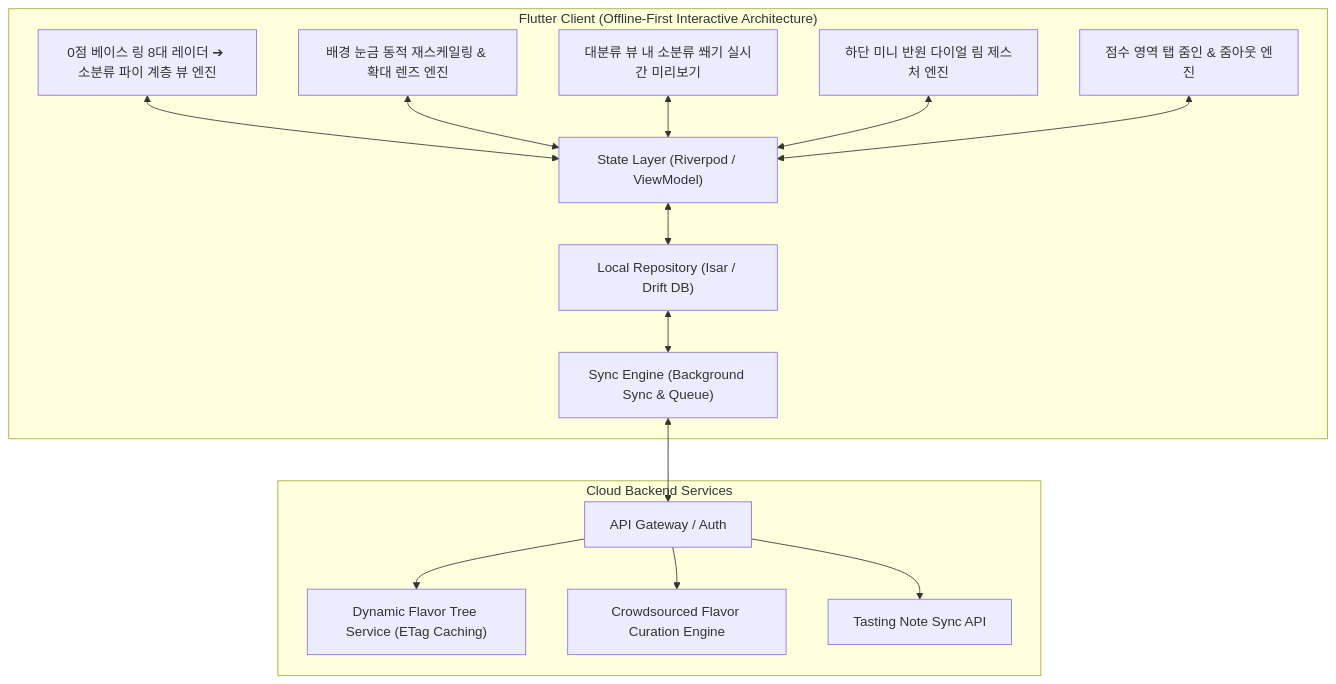
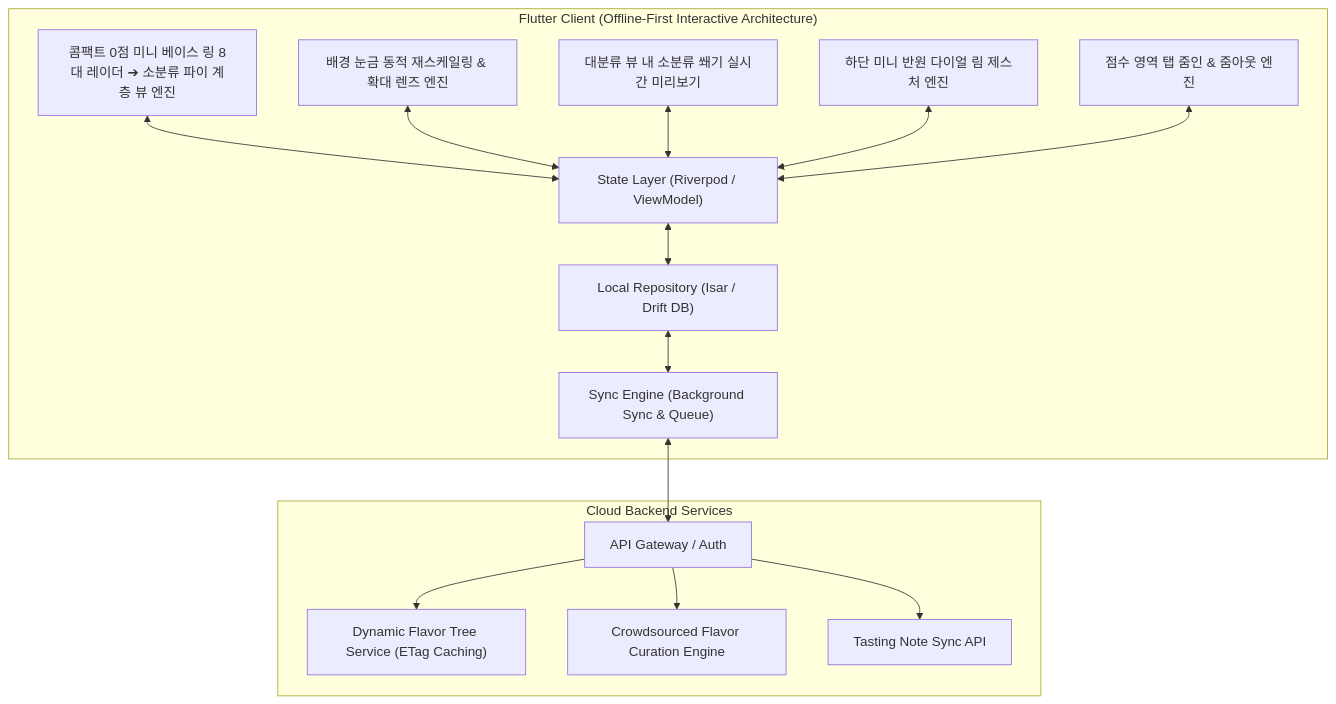
The diagram in README.md (chanhooop/FlavorWheel), drawn with Mermaid before and after one commit. The commit also changed other lines of this file and 1 other file, not shown here.

Commit message:
feat: 완성형 차트 0점 베이스 링(R_0) 크기를 콤팩트한 미니 코어 링(maxR * 0.08)으로 축소하여 레이더 확장성 극대화

````diff
--- a/README.md
+++ b/README.md
@@ -107,34 +107,34 @@
 ```mermaid
 graph TB
     subgraph Client ["Flutter Client (Offline-First Interactive Architecture)"]
-        BaseRingRadarEngine["0점 베이스 링 8대 레이더 ➔ 소분류 파이 계층 뷰 엔진"]
+        BaseRingRadarEngine["콤팩트 0점 미니 베이스 링 8대 레이더 ➔ 소분류 파이 계층 뷰 엔진"]
         DynamicGridEngine["배경 눈금 동적 재스케일링 & 확대 렌즈 엔진"]
         InWheelPreviewEngine["대분류 뷰 내 소분류 쐐기 실시간 미리보기"]
         MiniDialEngine["하단 미니 반원 다이얼 림 제스처 엔진"]
         TapZoomEngine["점수 영역 탭 줌인 & 줌아웃 엔진"]
 
         State["State Layer (Riverpod / ViewModel)"]
         SyncEngine["Sync Engine (Background Sync & Queue)"]
         LocalRepository["Local Repository (Isar / Drift DB)"]
 
         BaseRingRadarEngine <--> State
         DynamicGridEngine <--> State
         InWheelPreviewEngine <--> State
         MiniDialEngine <--> State
         TapZoomEngine <--> State
         State <--> LocalRepository
         LocalRepository <--> SyncEngine
     end
 
     subgraph RemoteBackend ["Cloud Backend Services"]
         Gateway["API Gateway / Auth"]
         TreeService["Dynamic Flavor Tree Service (ETag Caching)"]
         CurationService["Crowdsourced Flavor Curation Engine"]
         NoteService["Tasting Note Sync API"]
     end
 
     SyncEngine <--> Gateway
     Gateway --> TreeService
     Gateway --> CurationService
     Gateway --> NoteService
 ```
````
